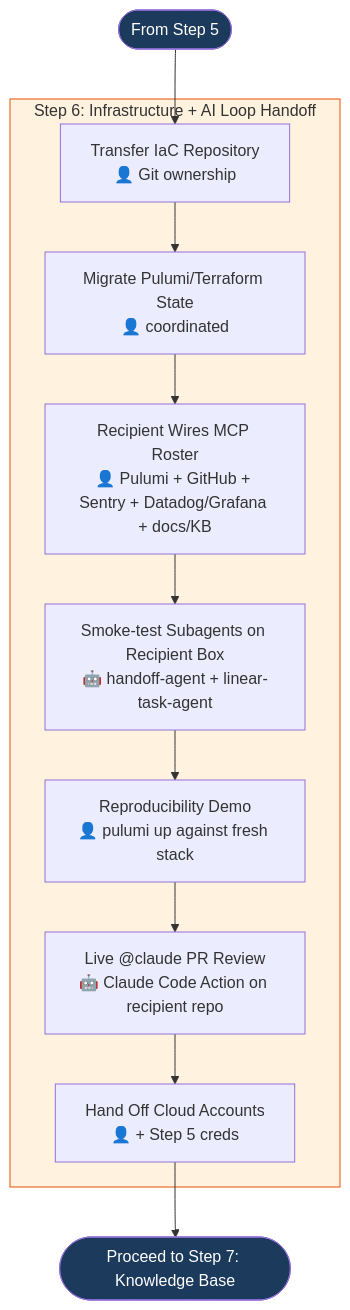
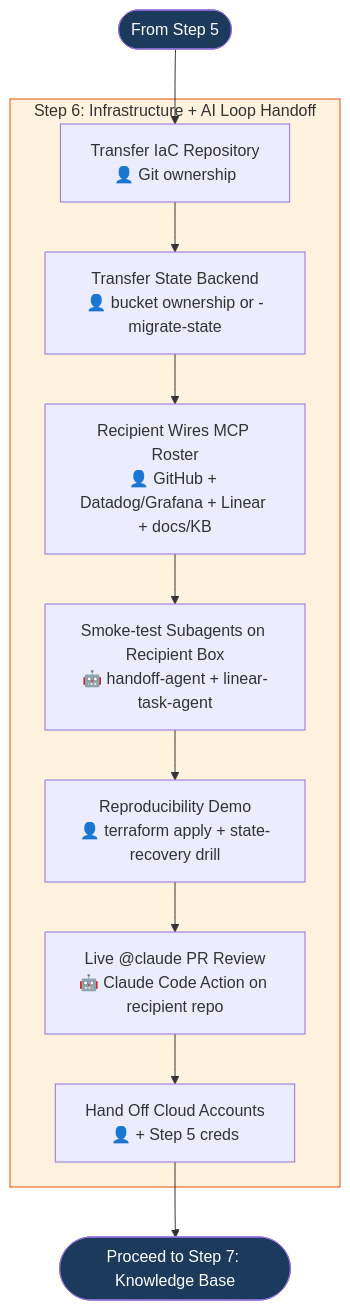
The eighth of 11 diagrams in aidlc-phases/07-delivery-handoff/FLOWCHART.md (kalpat-allion/ai-dlc), drawn with Mermaid before and after one commit. The commit also changed other lines of this file and 39 other files, not shown here.

````diff
--- a/aidlc-phases/07-delivery-handoff/FLOWCHART.md
+++ b/aidlc-phases/07-delivery-handoff/FLOWCHART.md
@@ -258,19 +255,19 @@
 ```mermaid
 flowchart TD
     ENTRY([From Step 5]) --> INFRA
 
     subgraph INFRA_STEP["Step 6: Infrastructure + AI Loop Handoff"]
-        INFRA[Transfer IaC Repository<br/>👤 Git ownership] --> STATE_MIG[Migrate Pulumi/Terraform State<br/>👤 coordinated]
-        STATE_MIG --> MCP_ROSTER[Recipient Wires MCP Roster<br/>👤 Pulumi + GitHub + Sentry + Datadog/Grafana + docs/KB]
+        INFRA[Transfer IaC Repository<br/>👤 Git ownership] --> STATE_MIG[Transfer State Backend<br/>👤 bucket ownership or -migrate-state]
+        STATE_MIG --> MCP_ROSTER[Recipient Wires MCP Roster<br/>👤 GitHub + Datadog/Grafana + Linear + docs/KB]
         MCP_ROSTER --> SUBAGENT_TEST[Smoke-test Subagents on Recipient Box<br/>🤖 handoff-agent + linear-task-agent]
-        SUBAGENT_TEST --> REPRO_DEMO[Reproducibility Demo<br/>👤 pulumi up against fresh stack]
+        SUBAGENT_TEST --> REPRO_DEMO[Reproducibility Demo<br/>👤 terraform apply + state-recovery drill]
         REPRO_DEMO --> AT_CLAUDE[Live @claude PR Review<br/>🤖 Claude Code Action on recipient repo]
         AT_CLAUDE --> CLOUD_HANDOFF[Hand Off Cloud Accounts<br/>👤 + Step 5 creds]
     end
 
     CLOUD_HANDOFF --> NEXT([Proceed to Step 7: Knowledge Base])
 
     style ENTRY fill:#1B3A5C,color:#fff
     style NEXT fill:#1B3A5C,color:#fff
     style INFRA_STEP fill:#fff3e0,stroke:#E65100
 ```
````
